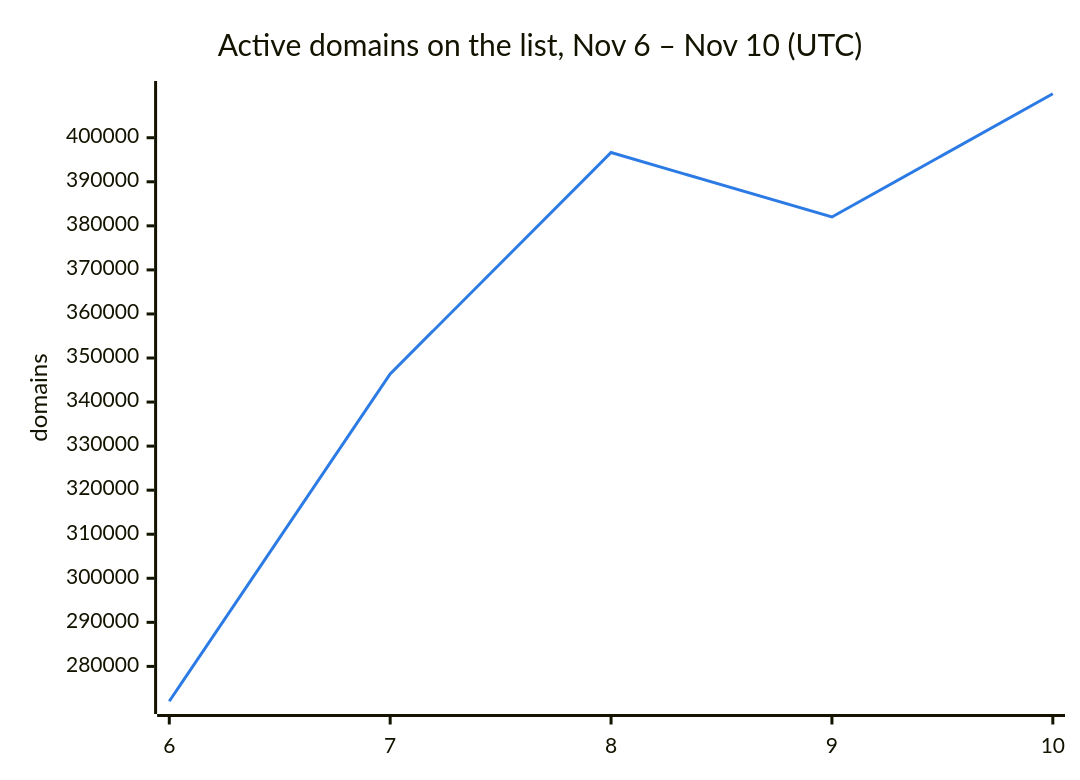
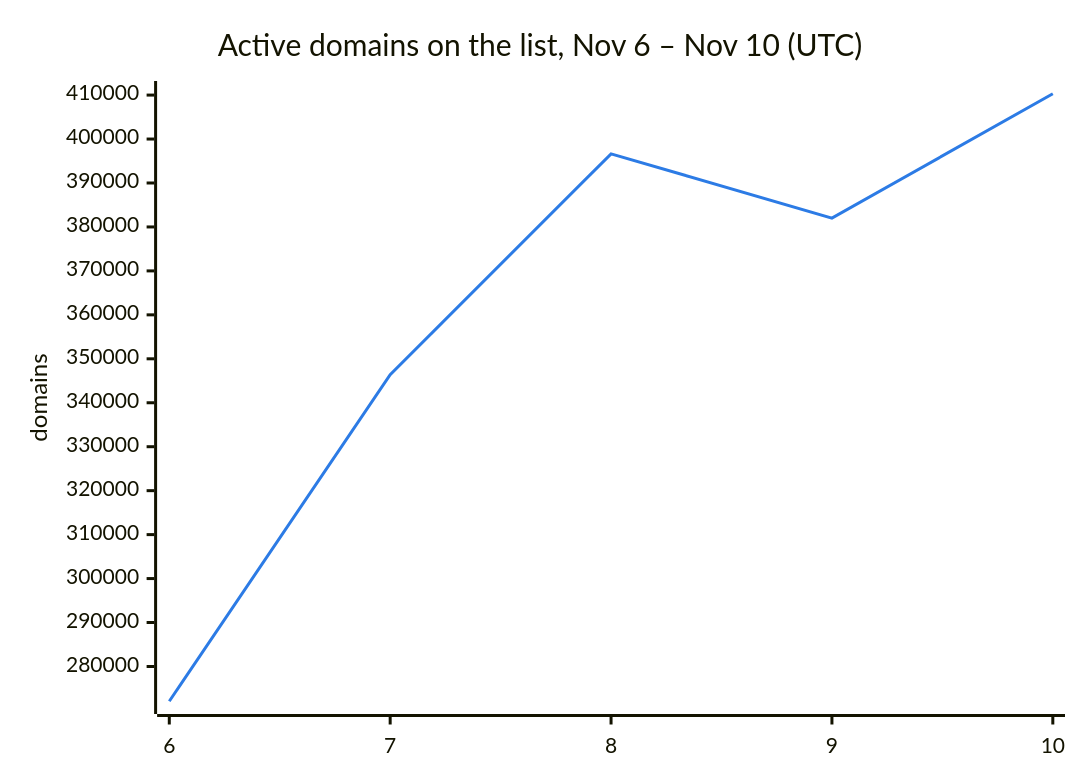
One commit to DNSBunker/CTI changed the second of 3 diagrams in README.md. Above: the diagram before and after it, drawn with Mermaid. The commit also changed other lines of this file and 3 other files, not shown here.

````diff
--- a/README.md
+++ b/README.md
@@ -38,8 +38,8 @@
 ```mermaid
 %%{init: {"themeVariables": {"xyChart": {"plotColorPalette": "#2c7be5"}}}}%%
 xychart-beta
     title "Active domains on the list, Nov 6 – Nov 10 (UTC)"
     x-axis ["6", "7", "8", "9", "10"]
     y-axis "domains"
-    line [272088, 346388, 396638, 382009, 409984]
+    line [272088, 346388, 396638, 382009, 410304]
 ```
````
